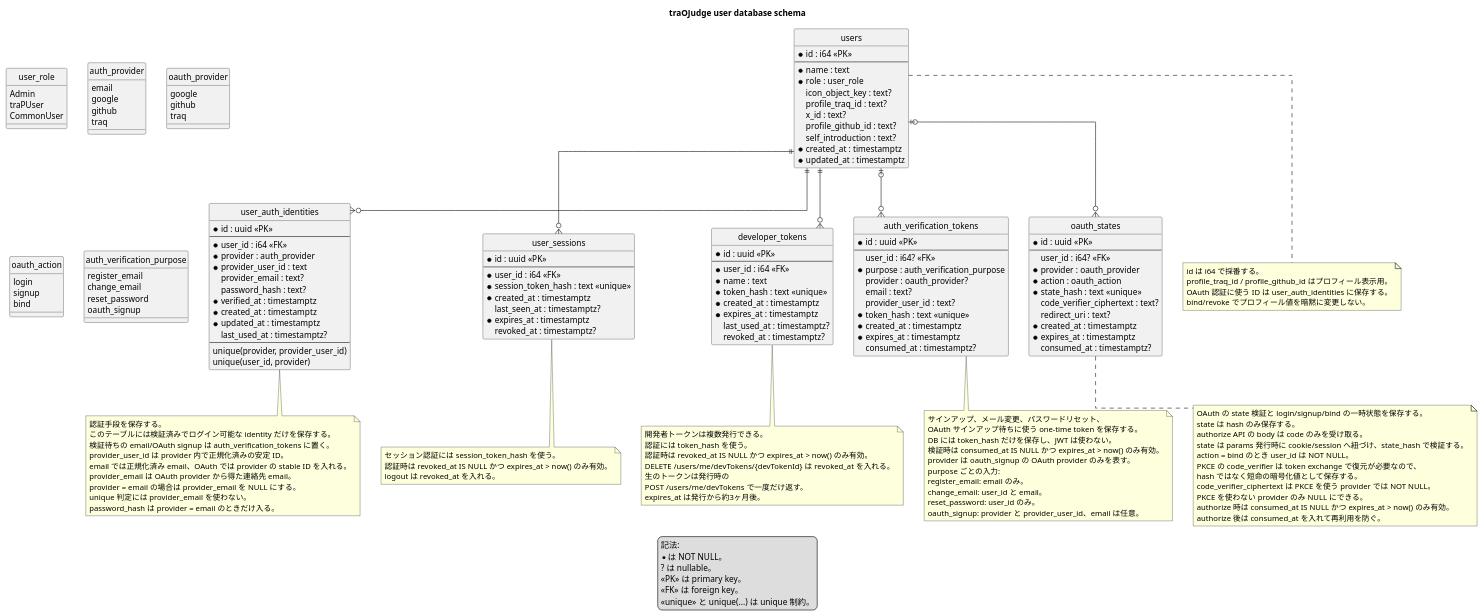
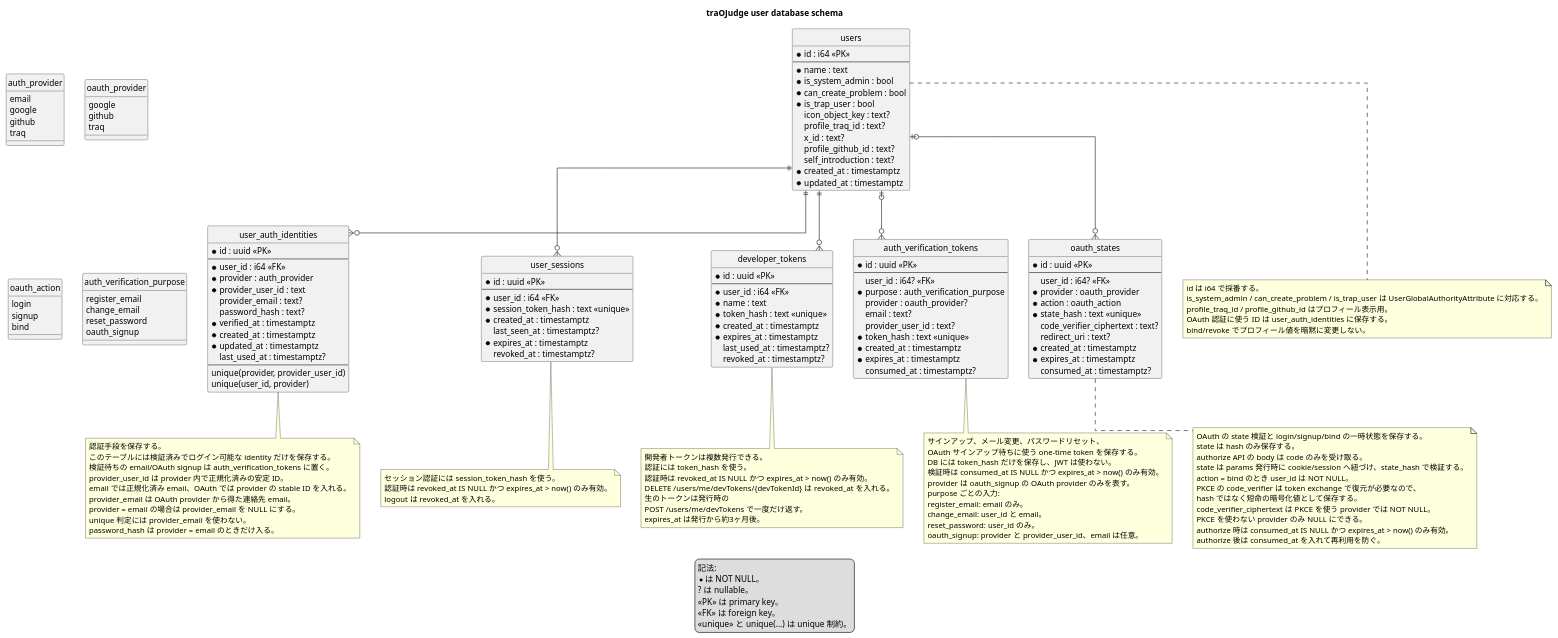
Before and after one commit to traP-jp/traOJudge: the diagram in docs/database/user.puml, drawn with PlantUML. The commit also changed 2 other files, not shown here.

Commit message:
feat: update user and problem schemas to replace role with UserGlobalAuthorityAttribute

```diff
--- a/docs/database/user.puml
+++ b/docs/database/user.puml
@@ -1,199 +1,196 @@
 @startuml user_database
 
 title traOJudge user database schema
 
 hide circle
 skinparam linetype ortho
 
 entity users {
   * id : i64 <<PK>>
   --
   * name : text
-  * role : user_role
+  * is_system_admin : bool
+  * can_create_problem : bool
+  * is_trap_user : bool
   icon_object_key : text?
   profile_traq_id : text?
   x_id : text?
   profile_github_id : text?
   self_introduction : text?
   * created_at : timestamptz
   * updated_at : timestamptz
 }
 
 entity user_auth_identities {
   * id : uuid <<PK>>
   --
   * user_id : i64 <<FK>>
   * provider : auth_provider
   * provider_user_id : text
   provider_email : text?
   password_hash : text?
   * verified_at : timestamptz
   * created_at : timestamptz
   * updated_at : timestamptz
   last_used_at : timestamptz?
   --
   unique(provider, provider_user_id)
   unique(user_id, provider)
 }
 
 entity user_sessions {
   * id : uuid <<PK>>
   --
   * user_id : i64 <<FK>>
   * session_token_hash : text <<unique>>
   * created_at : timestamptz
   last_seen_at : timestamptz?
   * expires_at : timestamptz
   revoked_at : timestamptz?
 }
 
 entity developer_tokens {
   * id : uuid <<PK>>
   --
   * user_id : i64 <<FK>>
   * name : text
   * token_hash : text <<unique>>
   * created_at : timestamptz
   * expires_at : timestamptz
   last_used_at : timestamptz?
   revoked_at : timestamptz?
 }
 
 entity auth_verification_tokens {
   * id : uuid <<PK>>
   --
   user_id : i64? <<FK>>
   * purpose : auth_verification_purpose
   provider : oauth_provider?
   email : text?
   provider_user_id : text?
   * token_hash : text <<unique>>
   * created_at : timestamptz
   * expires_at : timestamptz
   consumed_at : timestamptz?
 }
 
 entity oauth_states {
   * id : uuid <<PK>>
   --
   user_id : i64? <<FK>>
   * provider : oauth_provider
   * action : oauth_action
   * state_hash : text <<unique>>
   code_verifier_ciphertext : text?
   redirect_uri : text?
   * created_at : timestamptz
   * expires_at : timestamptz
   consumed_at : timestamptz?
 }
 
-enum user_role {
-  Admin
-  traPUser
-  CommonUser
-}
-
 enum auth_provider {
   email
   google
   github
   traq
 }
 
 enum oauth_provider {
   google
   github
   traq
 }
 
 enum oauth_action {
   login
   signup
   bind
 }
 
 enum auth_verification_purpose {
   register_email
   change_email
   reset_password
   oauth_signup
 }
 
 users ||--o{ user_auth_identities
 users ||--o{ user_sessions
 users ||--o{ developer_tokens
 users |o--o{ auth_verification_tokens
 users |o--o{ oauth_states
 
 legend bottom
   記法:
   * は NOT NULL。
   ? は nullable。
   <<PK>> は primary key。
   <<FK>> は foreign key。
   <<unique>> と unique(...) は unique 制約。
 end legend
 
 note bottom of users
   id は i64 で採番する。
+  is_system_admin / can_create_problem / is_trap_user は UserGlobalAuthorityAttribute に対応する。
   profile_traq_id / profile_github_id はプロフィール表示用。
   OAuth 認証に使う ID は user_auth_identities に保存する。
   bind/revoke でプロフィール値を暗黙に変更しない。
 end note
 
 note bottom of user_auth_identities
   認証手段を保存する。
   このテーブルには検証済みでログイン可能な identity だけを保存する。
   検証待ちの email/OAuth signup は auth_verification_tokens に置く。
   provider_user_id は provider 内で正規化済みの安定 ID。
   email では正規化済み email、OAuth では provider の stable ID を入れる。
   provider_email は OAuth provider から得た連絡先 email。
   provider = email の場合は provider_email を NULL にする。
   unique 判定には provider_email を使わない。
   password_hash は provider = email のときだけ入る。
 end note
 
 note bottom of developer_tokens
   開発者トークンは複数発行できる。
   認証には token_hash を使う。
   認証時は revoked_at IS NULL かつ expires_at > now() のみ有効。
   DELETE /users/me/devTokens/{devTokenId} は revoked_at を入れる。
   生のトークンは発行時の
   POST /users/me/devTokens で一度だけ返す。
   expires_at は発行から約3ヶ月後。
 end note
 
 note bottom of user_sessions
   セッション認証には session_token_hash を使う。
   認証時は revoked_at IS NULL かつ expires_at > now() のみ有効。
   logout は revoked_at を入れる。
 end note
 
 note bottom of auth_verification_tokens
   サインアップ、メール変更、パスワードリセット、
   OAuth サインアップ待ちに使う one-time token を保存する。
   DB には token_hash だけを保存し、JWT は使わない。
   検証時は consumed_at IS NULL かつ expires_at > now() のみ有効。
   provider は oauth_signup の OAuth provider のみを表す。
   purpose ごとの入力:
   register_email: email のみ。
   change_email: user_id と email。
   reset_password: user_id のみ。
   oauth_signup: provider と provider_user_id、email は任意。
 end note
 
 note bottom of oauth_states
   OAuth の state 検証と login/signup/bind の一時状態を保存する。
   state は hash のみ保存する。
   authorize API の body は code のみを受け取る。
   state は params 発行時に cookie/session へ紐づけ、state_hash で検証する。
   action = bind のとき user_id は NOT NULL。
   PKCE の code_verifier は token exchange で復元が必要なので、
   hash ではなく短命の暗号化値として保存する。
   code_verifier_ciphertext は PKCE を使う provider では NOT NULL。
   PKCE を使わない provider のみ NULL にできる。
   authorize 時は consumed_at IS NULL かつ expires_at > now() のみ有効。
   authorize 後は consumed_at を入れて再利用を防ぐ。
 end note
 
 @enduml
```
